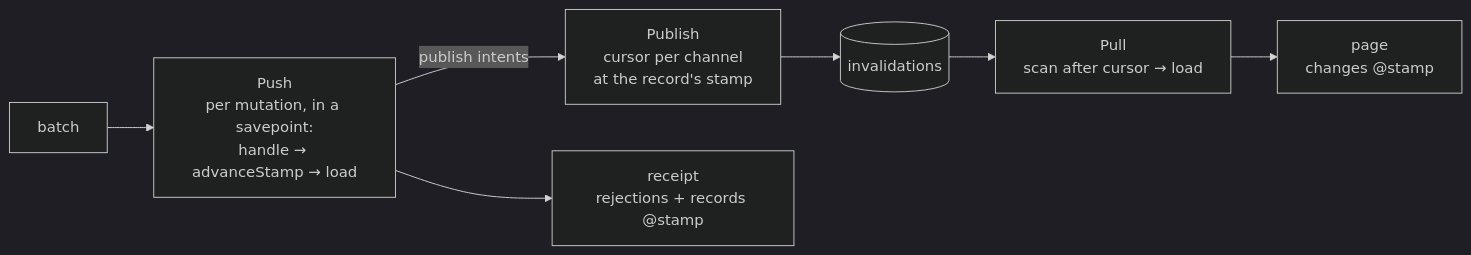
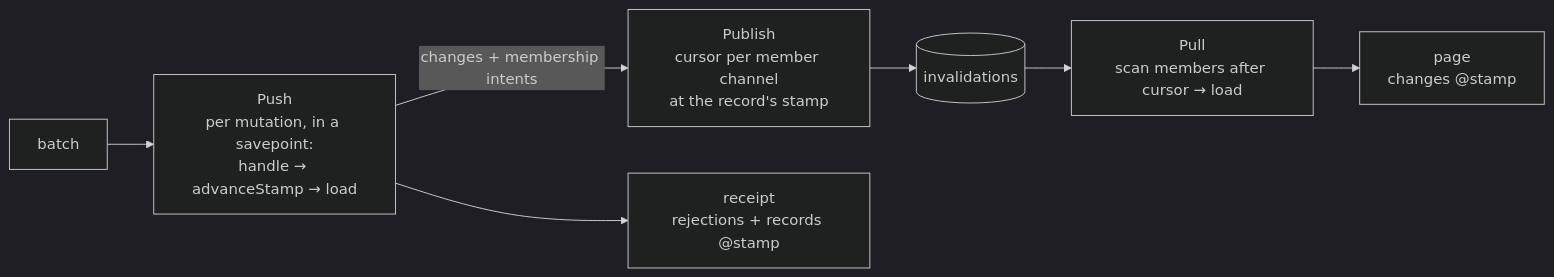
One commit to zanminwang/axton changed the diagram in docs/engineering/architecture/server/engine/README.md. Above: the diagram before and after it, drawn with Mermaid (dark theme). The commit also changed other lines of this file and 30 other files, not shown here.

First line of the commit message:
docs: Channel membership, touch and explicit results across the guides (#140)

````diff
--- a/docs/engineering/architecture/server/engine/README.md
+++ b/docs/engineering/architecture/server/engine/README.md
@@ -12,9 +12,9 @@
 ```mermaid
 flowchart LR
     B["batch"] --> H["Push<br/>per mutation, in a savepoint:<br/>handle → advanceStamp → load"]
-    H -- "publish intents" --> N["Publish<br/>cursor per channel<br/>at the record's stamp"]
+    H -- "changes + membership intents" --> N["Publish<br/>cursor per member channel<br/>at the record's stamp"]
     H --> R["receipt<br/>rejections + records @stamp"]
     N --> I[("invalidations")]
-    I --> L["Pull<br/>scan after cursor → load"]
+    I --> L["Pull<br/>scan members after cursor → load"]
     L --> PG["page<br/>changes @stamp"]
 ```
````
